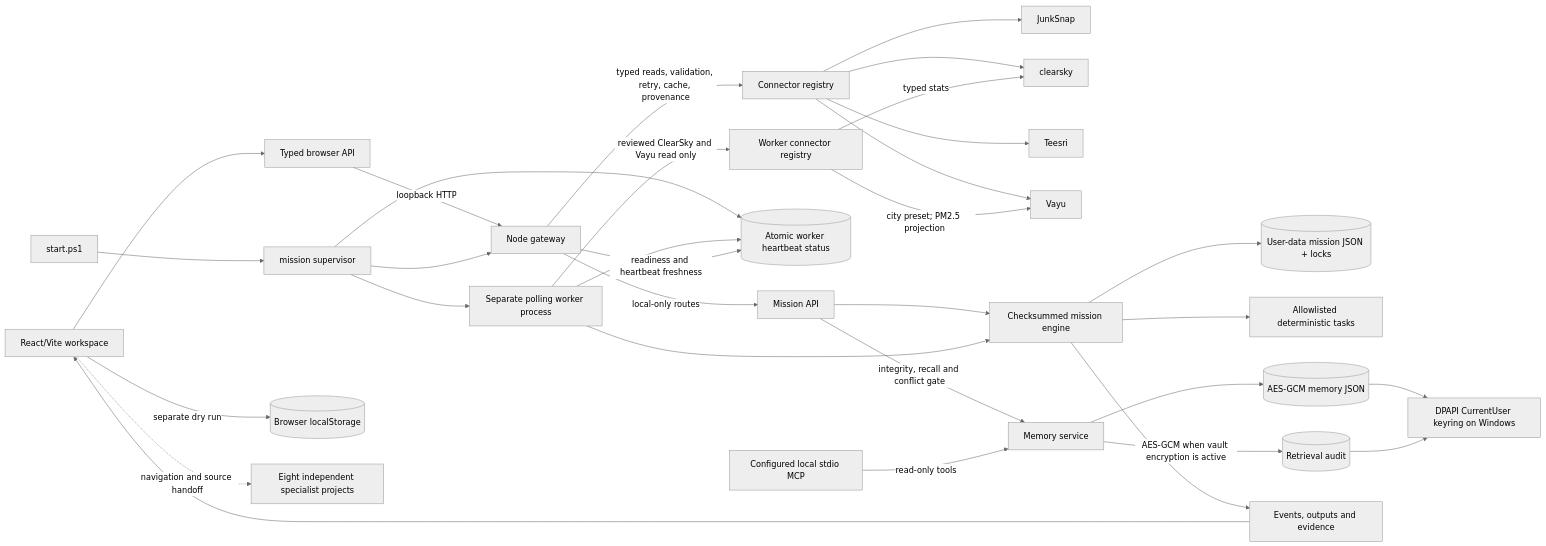
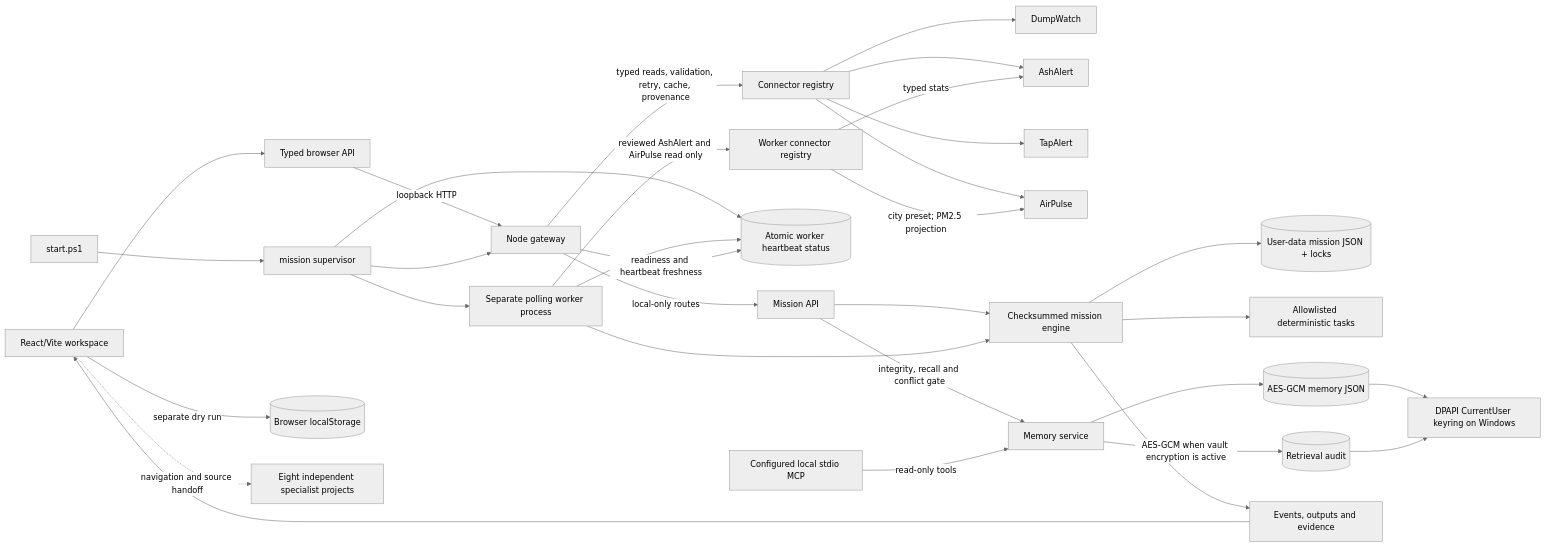
The first of 2 diagrams in climate-chain/docs/workspace/GENESIS_ARCHITECTURE.md (victrvondoom/CLIMATE-CHAIN), drawn with Mermaid (neutral theme) before and after one commit. The commit also changed other lines of this file and 181 other files, not shown here.

````diff
--- a/climate-chain/docs/workspace/GENESIS_ARCHITECTURE.md
+++ b/climate-chain/docs/workspace/GENESIS_ARCHITECTURE.md
@@ -7,34 +7,34 @@
 ```mermaid
 flowchart LR
   UI[React/Vite workspace] --> API[Typed browser API]
   API -->|loopback HTTP| GW[Node gateway]
   GW -->|typed reads, validation, retry, cache, provenance| REG[Connector registry]
-  REG --> JS[JunkSnap]
-  REG --> CS[clearsky]
-  REG --> TS[Teesri]
-  REG --> VY[Vayu]
+  REG --> JS[DumpWatch]
+  REG --> CS[AshAlert]
+  REG --> TS[TapAlert]
+  REG --> VY[AirPulse]
   GW -->|local-only routes| ME[Mission API]
   ME --> ENGINE[Checksummed mission engine]
   START[start.ps1] --> SUP[mission supervisor]
   SUP --> GW
   SUP --> MW[Separate polling worker process]
   SUP --> WS[(Atomic worker heartbeat status)]
   MW --> WS
   GW -->|readiness and heartbeat freshness| WS
   MW --> ENGINE
-  MW -->|reviewed ClearSky and Vayu read only| WREG[Worker connector registry]
+  MW -->|reviewed AshAlert and AirPulse read only| WREG[Worker connector registry]
   WREG -->|typed stats| CS
   WREG -->|city preset; PM2.5 projection| VY
   ENGINE --> MST[(User-data mission JSON + locks)]
   ENGINE --> TASKS[Allowlisted deterministic tasks]
   ME -->|integrity, recall and conflict gate| MEM[Memory service]
   MEM --> VAULT[(AES-GCM memory JSON)]
   MEM -->|AES-GCM when vault encryption is active| AUDIT[(Retrieval audit)]
   VAULT --> KEY[DPAPI CurrentUser keyring on Windows]
   AUDIT --> KEY
   ENGINE --> EVID[Events, outputs and evidence]
   EVID --> UI
   MCP[Configured local stdio MCP] -->|read-only tools| MEM
   UI -->|separate dry run| LS[(Browser localStorage)]
   UI -. navigation and source handoff .-> SPECIALISTS[Eight independent specialist projects]
 ```
````
